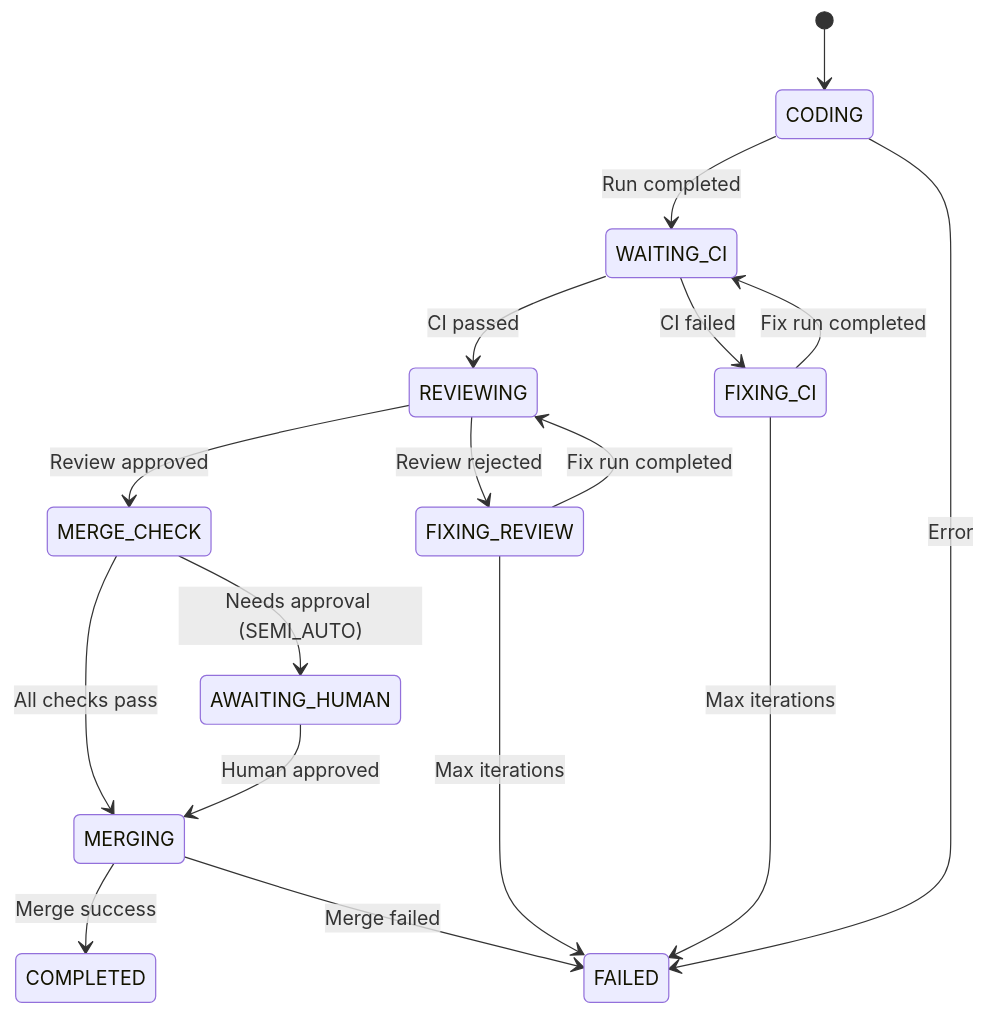
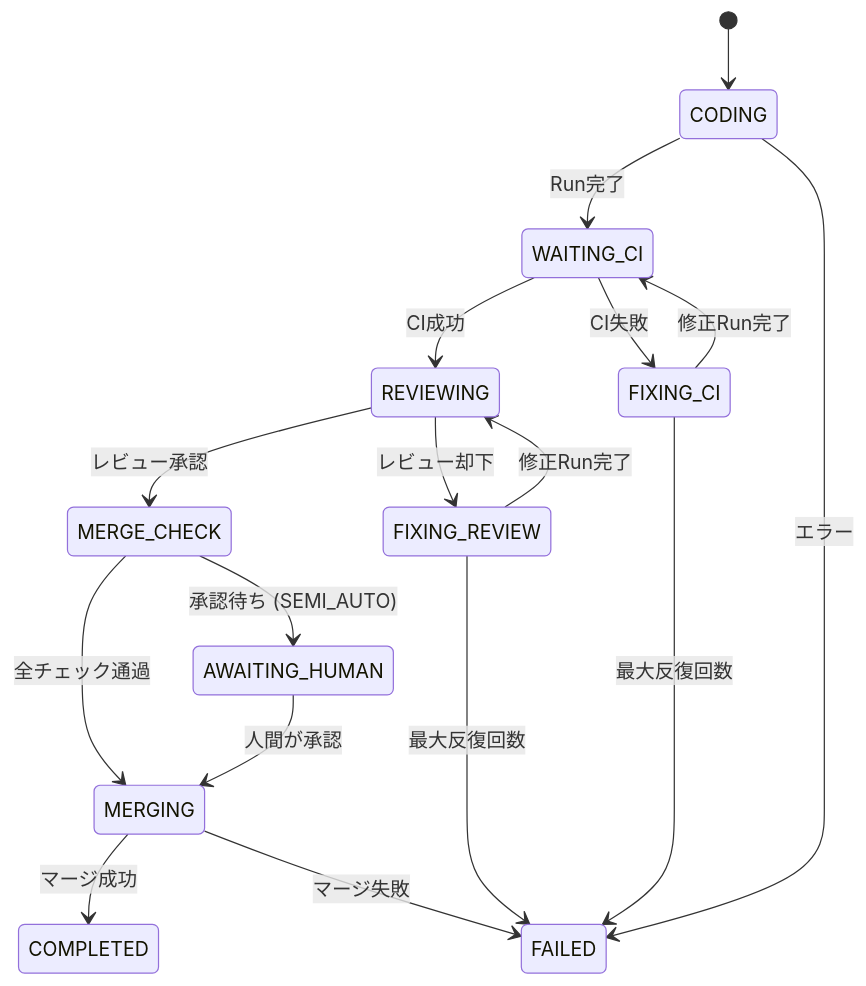
The ninth of 15 diagrams in docs/architecture.md (hampen2929/zloth), drawn with Mermaid before and after one commit. The commit also changed other lines of this file, not shown here.

First line of the commit message:
Translate architecture documentation to Japanese

````diff
--- a/docs/architecture.md
+++ b/docs/architecture.md
@@ -445,19 +445,19 @@
 ```mermaid
 stateDiagram-v2
     [*] --> CODING
-    CODING --> WAITING_CI: Run completed
-    WAITING_CI --> REVIEWING: CI passed
-    WAITING_CI --> FIXING_CI: CI failed
-    FIXING_CI --> WAITING_CI: Fix run completed
-    REVIEWING --> MERGE_CHECK: Review approved
-    REVIEWING --> FIXING_REVIEW: Review rejected
-    FIXING_REVIEW --> REVIEWING: Fix run completed
-    MERGE_CHECK --> MERGING: All checks pass
-    MERGE_CHECK --> AWAITING_HUMAN: Needs approval (SEMI_AUTO)
-    AWAITING_HUMAN --> MERGING: Human approved
-    MERGING --> COMPLETED: Merge success
-    MERGING --> FAILED: Merge failed
-    CODING --> FAILED: Error
-    FIXING_CI --> FAILED: Max iterations
-    FIXING_REVIEW --> FAILED: Max iterations
+    CODING --> WAITING_CI: Run完了
+    WAITING_CI --> REVIEWING: CI成功
+    WAITING_CI --> FIXING_CI: CI失敗
+    FIXING_CI --> WAITING_CI: 修正Run完了
+    REVIEWING --> MERGE_CHECK: レビュー承認
+    REVIEWING --> FIXING_REVIEW: レビュー却下
+    FIXING_REVIEW --> REVIEWING: 修正Run完了
+    MERGE_CHECK --> MERGING: 全チェック通過
+    MERGE_CHECK --> AWAITING_HUMAN: 承認待ち (SEMI_AUTO)
+    AWAITING_HUMAN --> MERGING: 人間が承認
+    MERGING --> COMPLETED: マージ成功
+    MERGING --> FAILED: マージ失敗
+    CODING --> FAILED: エラー
+    FIXING_CI --> FAILED: 最大反復回数
+    FIXING_REVIEW --> FAILED: 最大反復回数
 ```
````
